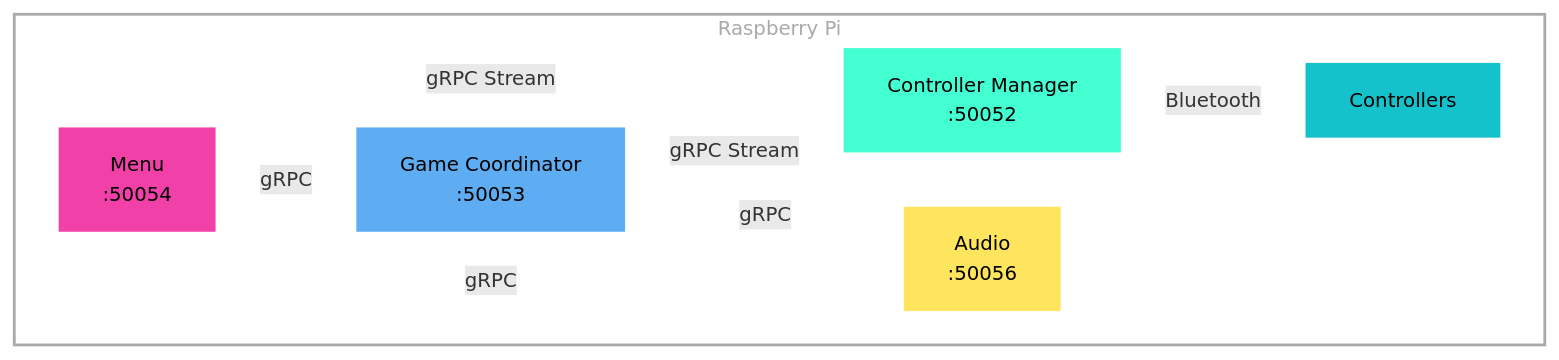
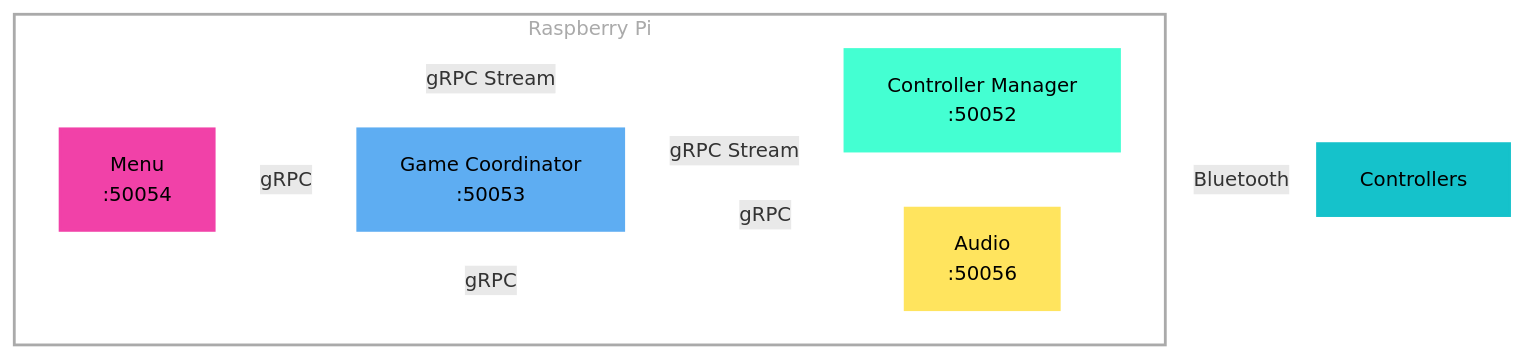
One commit to WatchMeJoustMyFlags/kubecon-material changed the second of 5 diagrams in cloud-native-linz-presentation/slides.md. Above: the diagram before and after it, drawn with Mermaid. The commit also changed other lines of this file, not shown here.

Commit message:
feat: improve mermaid

````diff
--- a/cloud-native-linz-presentation/slides.md
+++ b/cloud-native-linz-presentation/slides.md
@@ -216,28 +216,29 @@
 ```mermaid {scale:0.75}
 %%{init: {'themeVariables': {'fontSize': '14px'}, 'flowchart': {'nodeSpacing': 30, 'rankSpacing': 40}}}%%
 graph LR
 
     subgraph RaspberryPi["Raspberry Pi"]
         direction LR
         Menu[Menu<br/>:50054]
         GC[Game Coordinator<br/>:50053]
         CM[Controller Manager<br/>:50052]
         Audio[Audio<br/>:50056]
-        Controllers[Controllers]
     end
+    
+    Controllers[Controllers]
 
     Menu -->|gRPC| GC
     Menu <-->|gRPC Stream| CM
     GC <-->|gRPC Stream| CM
     GC -->|gRPC| Audio
     Menu -->|gRPC| Audio
     CM -->|Bluetooth| Controllers
 
     style Menu fill:#f141a8,stroke:#f141a8,stroke-width:2px,color:#000000
     style GC fill:#5eadf2,stroke:#5eadf2,stroke-width:2px,color:#000000
     style CM fill:#44ffd2,stroke:#44ffd2,stroke-width:2px,color:#000000
     style Audio fill:#ffe45e,stroke:#ffe45e,stroke-width:2px,color:#000000
     style Controllers fill:#15c2cb,stroke:#15c2cb,stroke-width:2px,color:#000000
     style RaspberryPi fill:transparent,stroke:#aaaaaa,stroke-width:2px,color:#aaaaaa
     linkStyle default stroke:#ffffff,fill:none
 ```
````
